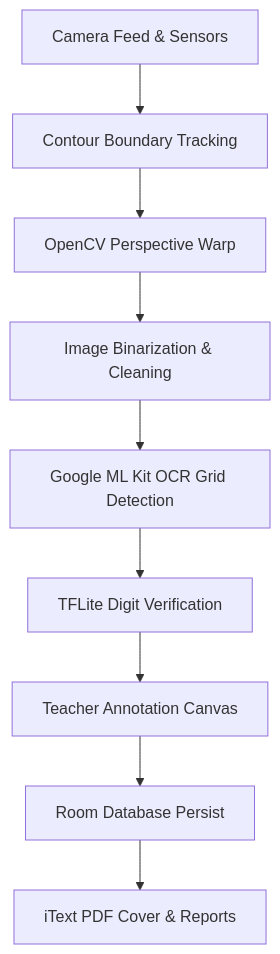
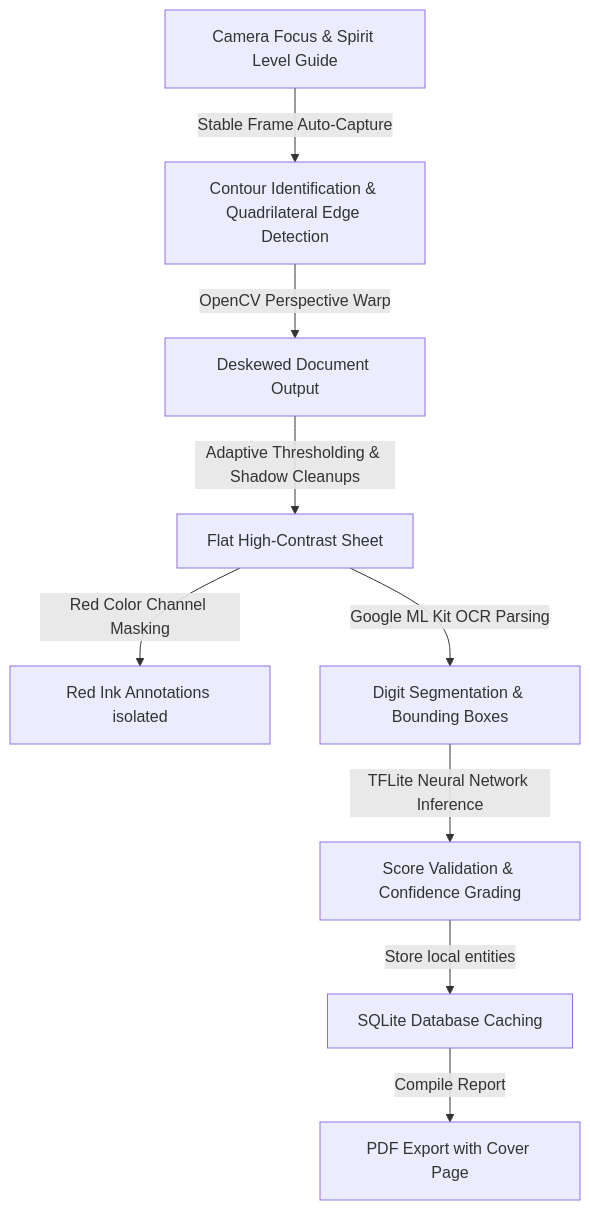
Before and after one commit to adarsh0044321/markflow: the diagram in README.md, drawn with Mermaid. The commit also changed other lines of this file and 13 other files, not shown here.

Commit message:
feat: integrate branding assets, UI mockups, roadmap, and update README

````diff
--- a/README.md
+++ b/README.md
@@ -41,11 +39,11 @@
 ```mermaid
 graph TD
-    A[Camera Feed & Sensors] --> B[Contour Boundary Tracking]
-    B --> C[OpenCV Perspective Warp]
-    C --> D[Image Binarization & Cleaning]
-    D --> E[Google ML Kit OCR Grid Detection]
-    E --> F[TFLite Digit Verification]
-    F --> G[Teacher Annotation Canvas]
-    G --> H[Room Database Persist]
-    H --> I[iText PDF Cover & Reports]
+    A[Camera Focus & Spirit Level Guide] -->|Stable Frame Auto-Capture| B[Contour Identification & Quadrilateral Edge Detection]
+    B -->|OpenCV Perspective Warp| C[Deskewed Document Output]
+    C -->|Adaptive Thresholding & Shadow Cleanups| D[Flat High-Contrast Sheet]
+    D -->|Red Color Channel Masking| E[Red Ink Annotations isolated]
+    D -->|Google ML Kit OCR Parsing| F[Digit Segmentation & Bounding Boxes]
+    F -->|TFLite Neural Network Inference| G[Score Validation & Confidence Grading]
+    G -->|Store local entities| H[SQLite Database Caching]
+    H -->|Compile Report| I[PDF Export with Cover Page]
 ```
````
